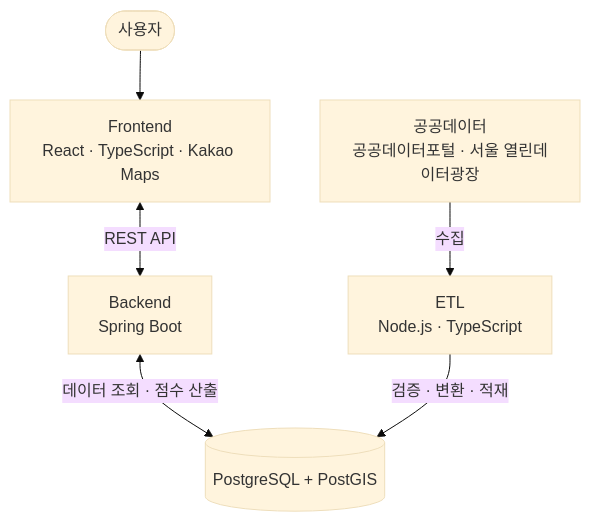
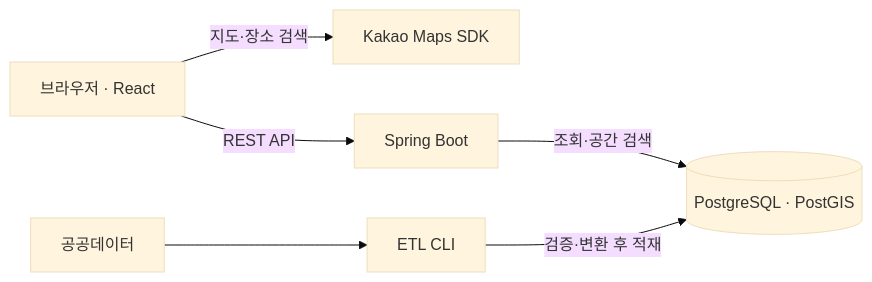
The diagram in README.md (jinwooorp/RecycleYoungs), drawn with Mermaid (base theme) before and after one commit. The commit also changed other lines of this file and 19 other files, not shown here.

````diff
--- a/README.md
+++ b/README.md
@@ -122,18 +59,8 @@
 ```mermaid
-flowchart TB
-    USER(["사용자"])
-
-    FE["Frontend<br/>React · TypeScript · Kakao Maps"]
-    BE["Backend<br/>Spring Boot"]
-    DB[("PostgreSQL + PostGIS")]
-
-    SOURCE["공공데이터<br/>공공데이터포털 · 서울 열린데이터광장"]
-    ETL["ETL<br/>Node.js · TypeScript"]
-
-    USER --> FE
-    FE <-->|REST API| BE
-    BE <-->|데이터 조회 · 점수 산출| DB
-
-    SOURCE -->|수집| ETL
-    ETL -->|검증 · 변환 · 적재| DB
+flowchart LR
+    FE["브라우저 · React"] -->|지도·장소 검색| MAP["Kakao Maps SDK"]
+    FE -->|REST API| API["Spring Boot"]
+    API -->|조회·공간 검색| DB[("PostgreSQL · PostGIS")]
+    DATA["공공데이터"] --> ETL["ETL CLI"]
+    ETL -->|검증·변환 후 적재| DB
 ```
````
